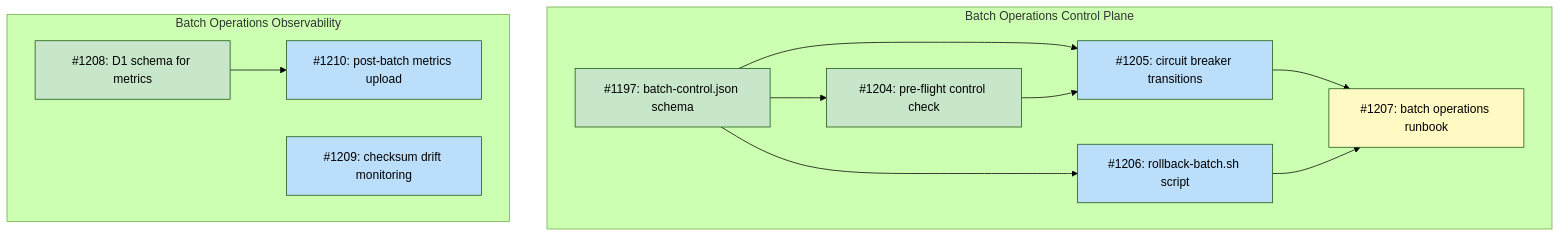
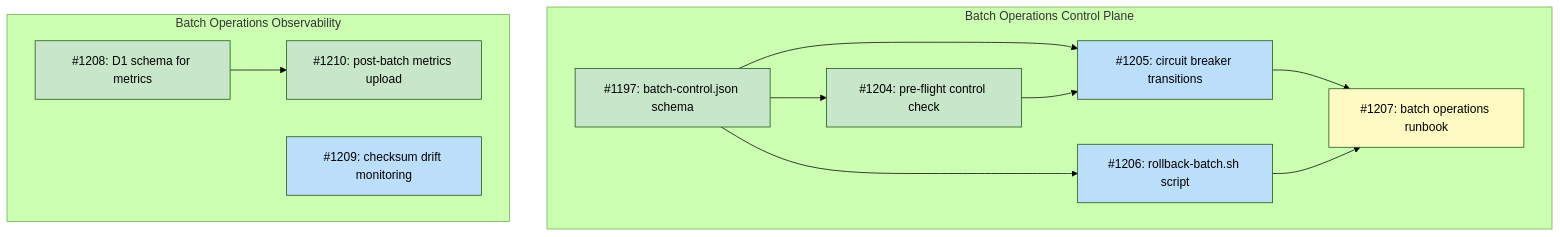
The diagram in docs/designs/DESIGN-batch-operations.md (tsukumogami/tsuku), drawn with Mermaid (forest theme) before and after one commit. The commit also changed other lines of this file, not shown here.

Commit message:
docs: mark issue #1210 done in batch operations design diagram

````diff
--- a/docs/designs/DESIGN-batch-operations.md
+++ b/docs/designs/DESIGN-batch-operations.md
@@ -36,35 +36,34 @@
 ```mermaid
 graph TD
     subgraph ControlPlane["Batch Operations Control Plane"]
         I1197["#1197: batch-control.json schema"]
         I1204["#1204: pre-flight control check"]
         I1205["#1205: circuit breaker transitions"]
         I1206["#1206: rollback-batch.sh script"]
         I1207["#1207: batch operations runbook"]
     end
 
     subgraph Observability["Batch Operations Observability"]
         I1208["#1208: D1 schema for metrics"]
         I1209["#1209: checksum drift monitoring"]
         I1210["#1210: post-batch metrics upload"]
     end
 
     I1197 --> I1204
     I1197 --> I1205
     I1197 --> I1206
     I1204 --> I1205
     I1205 --> I1207
     I1206 --> I1207
     I1208 --> I1210
 
     classDef done fill:#c8e6c9
     classDef ready fill:#bbdefb
     classDef blocked fill:#fff9c4
     classDef needsDesign fill:#e1bee7
 
-    class I1197,I1204,I1208 done
+    class I1197,I1204,I1208,I1210 done
     class I1209 ready
     class I1205,I1206 ready
     class I1207 blocked
-    class I1210 ready
 ```
````
